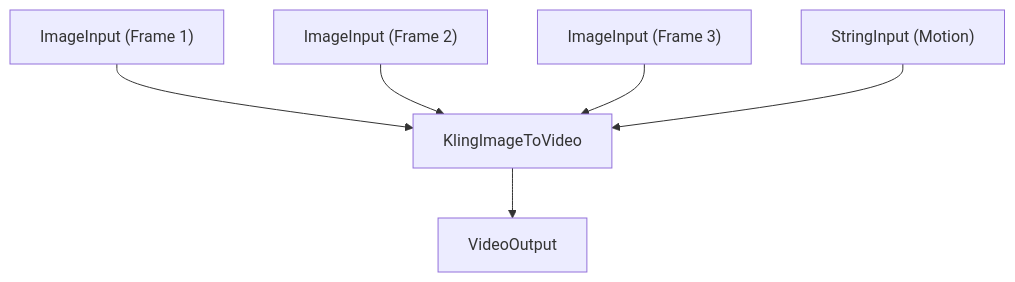
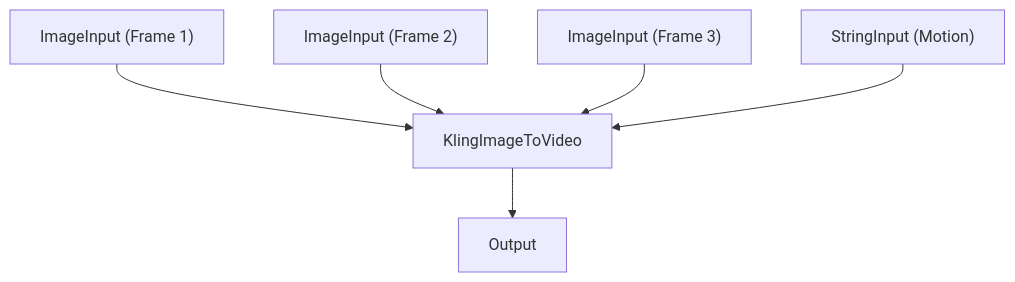
Diagram 14 of 17 in docs/cookbook/patterns.md (nodetool-ai/nodetool), drawn with Mermaid before and after one commit. The commit also changed other lines of this file and 24 other files, not shown here.

```diff
--- a/docs/cookbook/patterns.md
+++ b/docs/cookbook/patterns.md
@@ -485,14 +485,14 @@
 {% mermaid %}
 graph TD
   image1["ImageInput (Frame 1)"]
   image2["ImageInput (Frame 2)"]
   image3["ImageInput (Frame 3)"]
   motion_prompt["StringInput (Motion)"]
-  video_output["VideoOutput"]
+  output["Output"]
   kling_i2v["KlingImageToVideo"]
-  kling_i2v --> video_output
+  kling_i2v --> output
   image1 --> kling_i2v
   image2 --> kling_i2v
   image3 --> kling_i2v
   motion_prompt --> kling_i2v
 {% endmermaid %}
```
